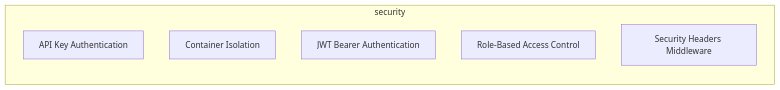
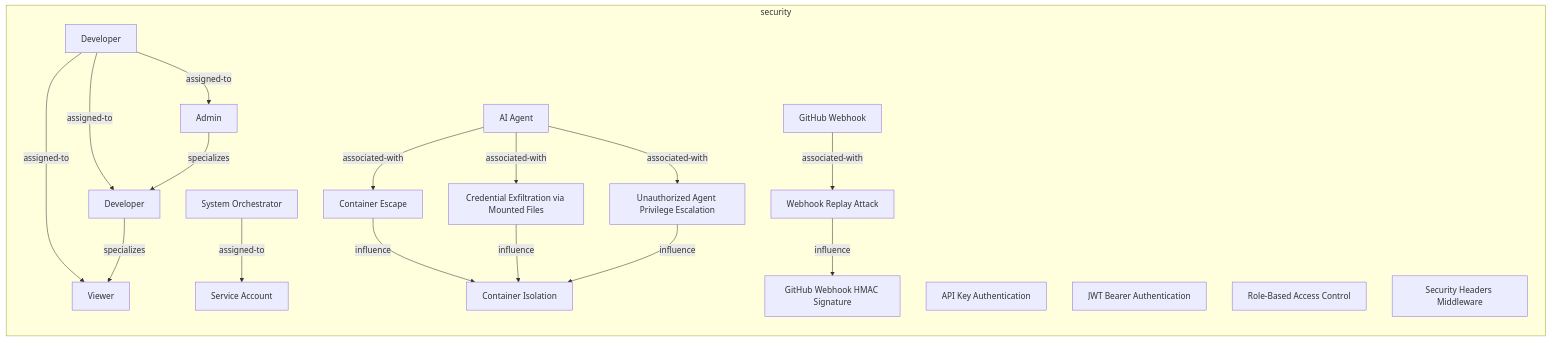
The first of 2 diagrams in documentation-robotics/reports/03-security-layer-report.md (tinkermonkey/codetoreum), drawn with Mermaid before and after one commit. The commit also changed other lines of this file and 205 other files, not shown here.

````diff
--- a/documentation-robotics/reports/03-security-layer-report.md
+++ b/documentation-robotics/reports/03-security-layer-report.md
@@ -30,10 +30,37 @@
 ```mermaid
 flowchart LR
   subgraph security
+    security_actor_ai_agent["AI Agent"]
+    security_actor_developer["Developer"]
+    security_actor_git_hub_webhook["GitHub Webhook"]
+    security_actor_system_orchestrator["System Orchestrator"]
+    security_role_admin["Admin"]
+    security_role_developer["Developer"]
+    security_role_service_account["Service Account"]
+    security_role_viewer["Viewer"]
     security_securitypolicy_api_key_authentication["API Key Authentication"]
     security_securitypolicy_container_isolation["Container Isolation"]
+    security_securitypolicy_git_hub_webhook_hmac_signature["GitHub Webhook HMAC Signature"]
     security_securitypolicy_jwt_bearer_authentication["JWT Bearer Authentication"]
     security_securitypolicy_role_based_access_control["Role-Based Access Control"]
     security_securitypolicy_security_headers_middleware["Security Headers Middleware"]
+    security_threat_container_escape["Container Escape"]
+    security_threat_credential_exfiltration_via_mounted_files["Credential Exfiltration via Mounted Files"]
+    security_threat_unauthorized_agent_privilege_escalation["Unauthorized Agent Privilege Escalation"]
+    security_threat_webhook_replay_attack["Webhook Replay Attack"]
+    security_actor_ai_agent -->|associated-with| security_threat_container_escape
+    security_actor_ai_agent -->|associated-with| security_threat_credential_exfiltration_via_mounted_files
+    security_actor_ai_agent -->|associated-with| security_threat_unauthorized_agent_privilege_escalation
+    security_actor_developer -->|assigned-to| security_role_admin
+    security_actor_developer -->|assigned-to| security_role_developer
+    security_actor_developer -->|assigned-to| security_role_viewer
+    security_actor_git_hub_webhook -->|associated-with| security_threat_webhook_replay_attack
+    security_actor_system_orchestrator -->|assigned-to| security_role_service_account
+    security_role_admin -->|specializes| security_role_developer
+    security_role_developer -->|specializes| security_role_viewer
+    security_threat_container_escape -->|influence| security_securitypolicy_container_isolation
+    security_threat_credential_exfiltration_via_mounted_files -->|influence| security_securitypolicy_container_isolation
+    security_threat_unauthorized_agent_privilege_escalation -->|influence| security_securitypolicy_container_isolation
+    security_threat_webhook_replay_attack -->|influence| security_securitypolicy_git_hub_webhook_hmac_signature
   end
 ```
````
